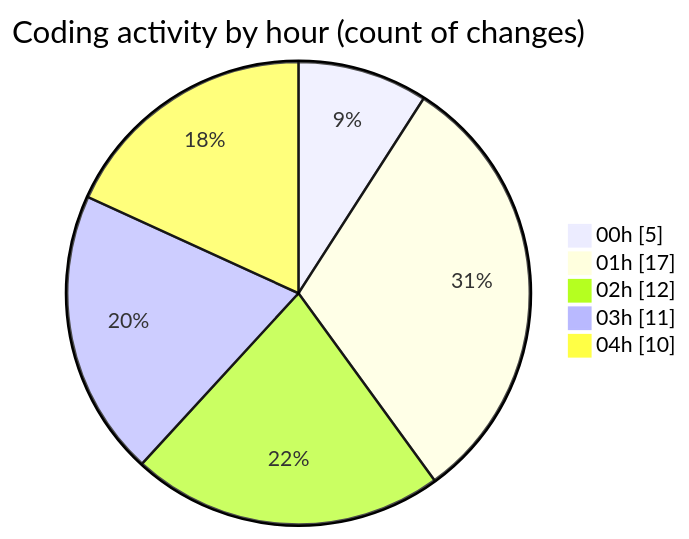
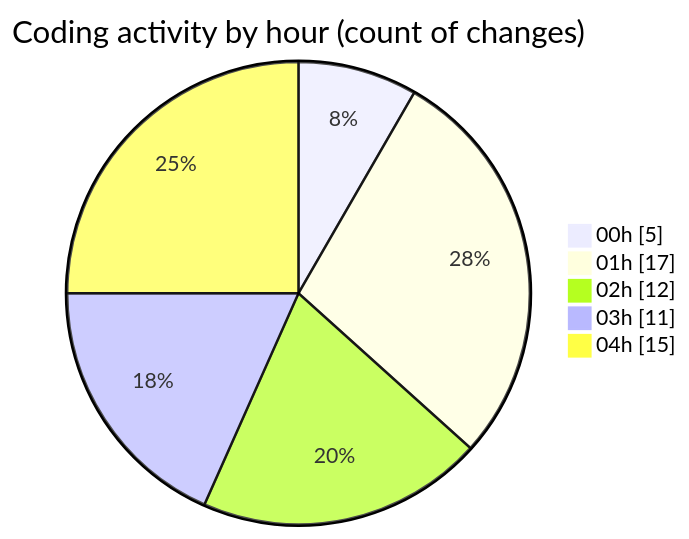
One commit to EIIisD/code-tracking changed the second of 2 diagrams in 2025-08-04/tw-server/README.md. Above: the diagram before and after it, drawn with Mermaid. The commit also changed other lines of this file and 1 other file, not shown here.

````diff
--- a/2025-08-04/tw-server/README.md
+++ b/2025-08-04/tw-server/README.md
@@ -35,9 +35,9 @@
 ```mermaid
 pie showData
 title Coding activity by hour (count of changes)
 "00h" : 5
 "01h" : 17
 "02h" : 12
 "03h" : 11
-"04h" : 10
+"04h" : 15
 ```
````
